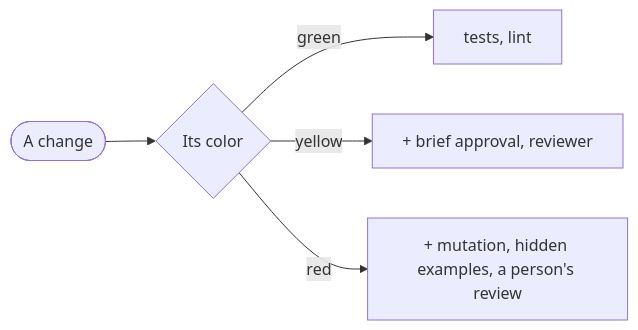
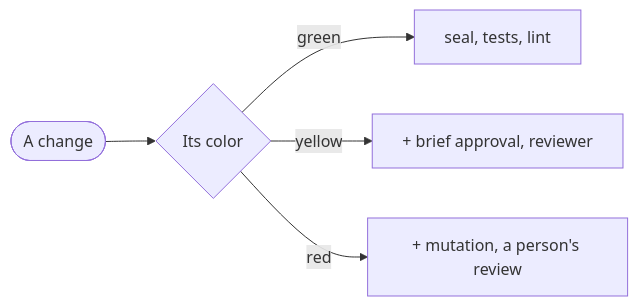
One commit to MarsGotta/gdd changed the diagram in skills/gdd-prepare/assets/blueprint.md. Above: the diagram before and after it, drawn with Mermaid. The commit also changed other lines of this file and 8 other files, not shown here.

````diff
--- a/skills/gdd-prepare/assets/blueprint.md
+++ b/skills/gdd-prepare/assets/blueprint.md
@@ -57,7 +58,7 @@
 ```mermaid
 flowchart LR
   change([A change]) --> color{Its color}
-  color -->|green| green[tests, lint]
+  color -->|green| green[seal, tests, lint]
   color -->|yellow| yellow[+ brief approval, reviewer]
-  color -->|red| red[+ mutation, hidden examples, a person's review]
+  color -->|red| red[+ mutation, a person's review]
 ```
````
